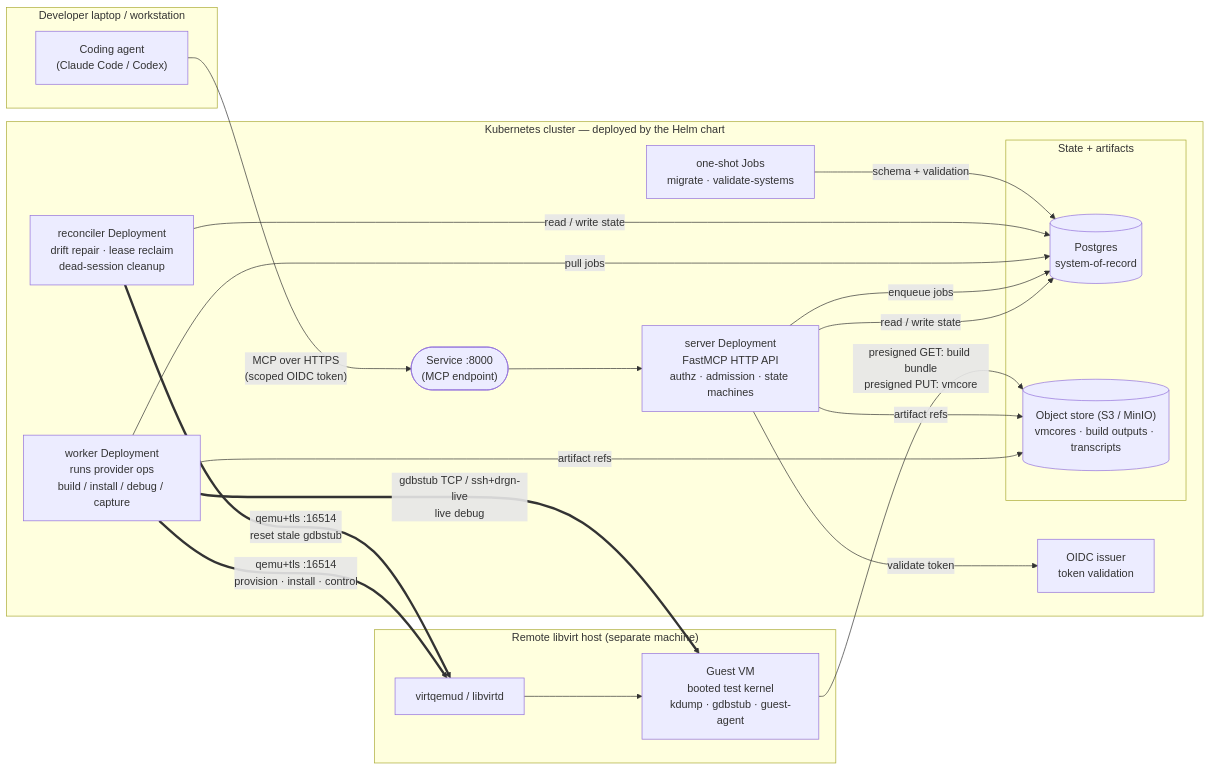
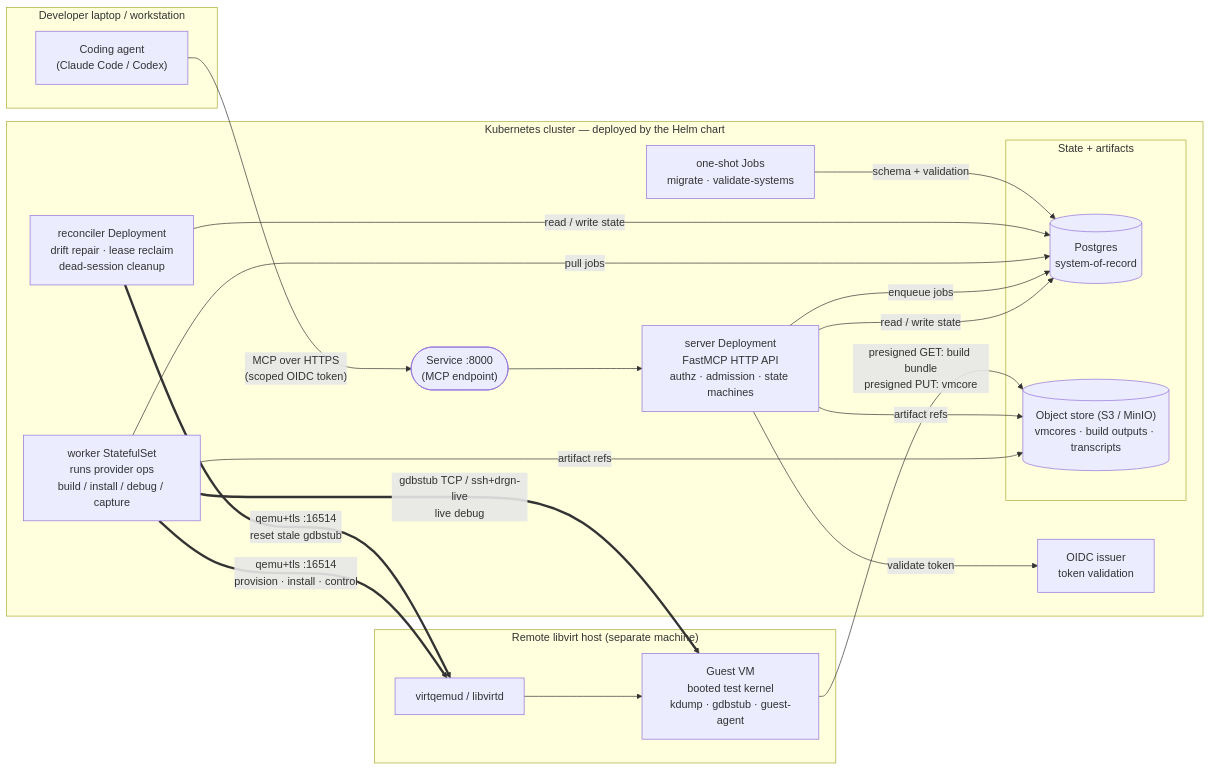
One commit to randomparity/kdive changed the first of 2 diagrams in docs/design/cluster-architecture-overview.md. Above: the diagram before and after it, drawn with Mermaid. The commit also changed other lines of this file and 11 other files, not shown here.

````diff
--- a/docs/design/cluster-architecture-overview.md
+++ b/docs/design/cluster-architecture-overview.md
@@ -13,43 +13,43 @@
 ```mermaid
 flowchart LR
     subgraph Local["Developer laptop / workstation"]
         agent["Coding agent<br/>(Claude Code / Codex)"]
     end
 
     subgraph K8s["Kubernetes cluster — deployed by the Helm chart"]
         svc(["Service :8000<br/>(MCP endpoint)"])
         server["server Deployment<br/>FastMCP HTTP API<br/>authz · admission · state machines"]
-        worker["worker Deployment<br/>runs provider ops<br/>build / install / debug / capture"]
+        worker["worker StatefulSet<br/>runs provider ops<br/>build / install / debug / capture"]
         recon["reconciler Deployment<br/>drift repair · lease reclaim<br/>dead-session cleanup"]
         jobs["one-shot Jobs<br/>migrate · validate-systems"]
 
         subgraph Backends["State + artifacts"]
             pg[("Postgres<br/>system-of-record")]
             s3[("Object store (S3 / MinIO)<br/>vmcores · build outputs · transcripts")]
         end
 
         oidc["OIDC issuer<br/>token validation"]
     end
 
     subgraph Remote["Remote libvirt host (separate machine)"]
         virtd["virtqemud / libvirtd"]
         guest["Guest VM<br/>booted test kernel<br/>kdump · gdbstub · guest-agent"]
     end
 
     agent -- "MCP over HTTPS<br/>(scoped OIDC token)" --> svc
     svc --> server
     server -- "validate token" --> oidc
     server -- "read / write state" --> pg
     server -- "enqueue jobs" --> pg
     worker -- "pull jobs" --> pg
     recon -- "read / write state" --> pg
     jobs -- "schema + validation" --> pg
     worker -- "artifact refs" --> s3
     server -- "artifact refs" --> s3
 
     worker == "qemu+tls :16514<br/>provision · install · control" ==> virtd
     recon  == "qemu+tls :16514<br/>reset stale gdbstub" ==> virtd
     worker == "gdbstub TCP / ssh+drgn-live<br/>live debug" ==> guest
     virtd --> guest
     guest -- "presigned GET: build bundle<br/>presigned PUT: vmcore" --> s3
 ```
````
